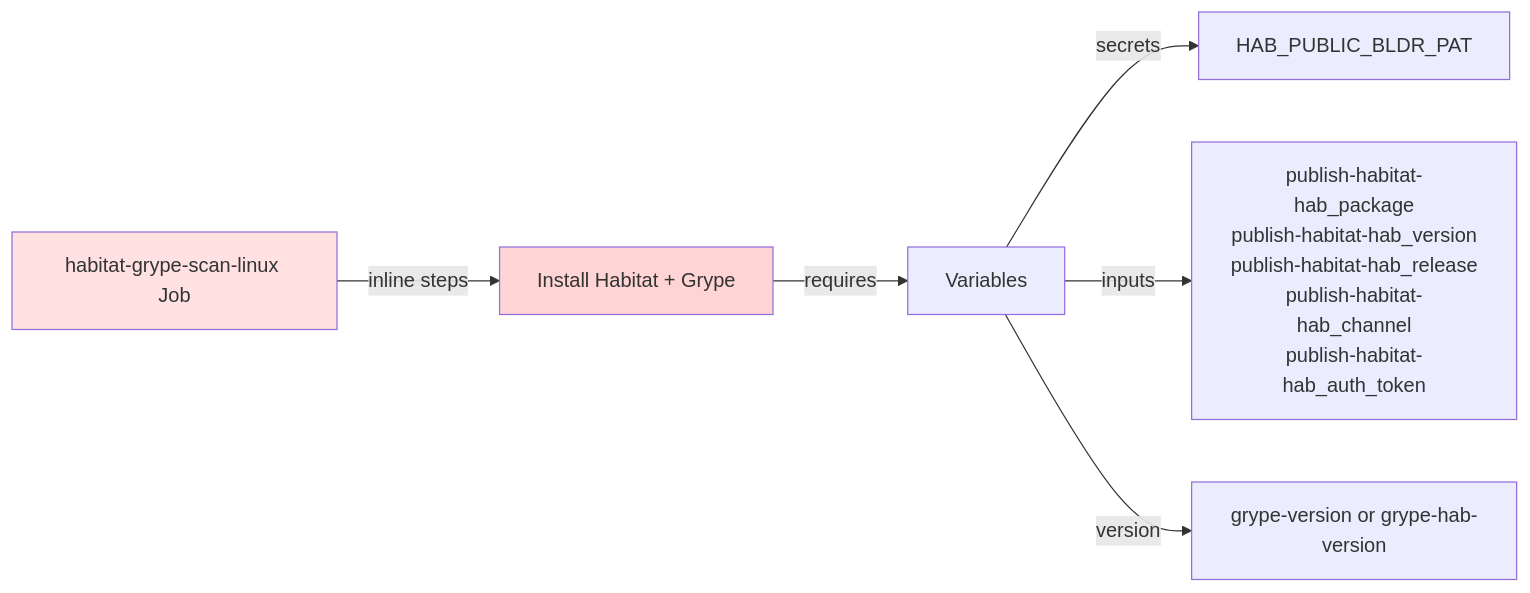
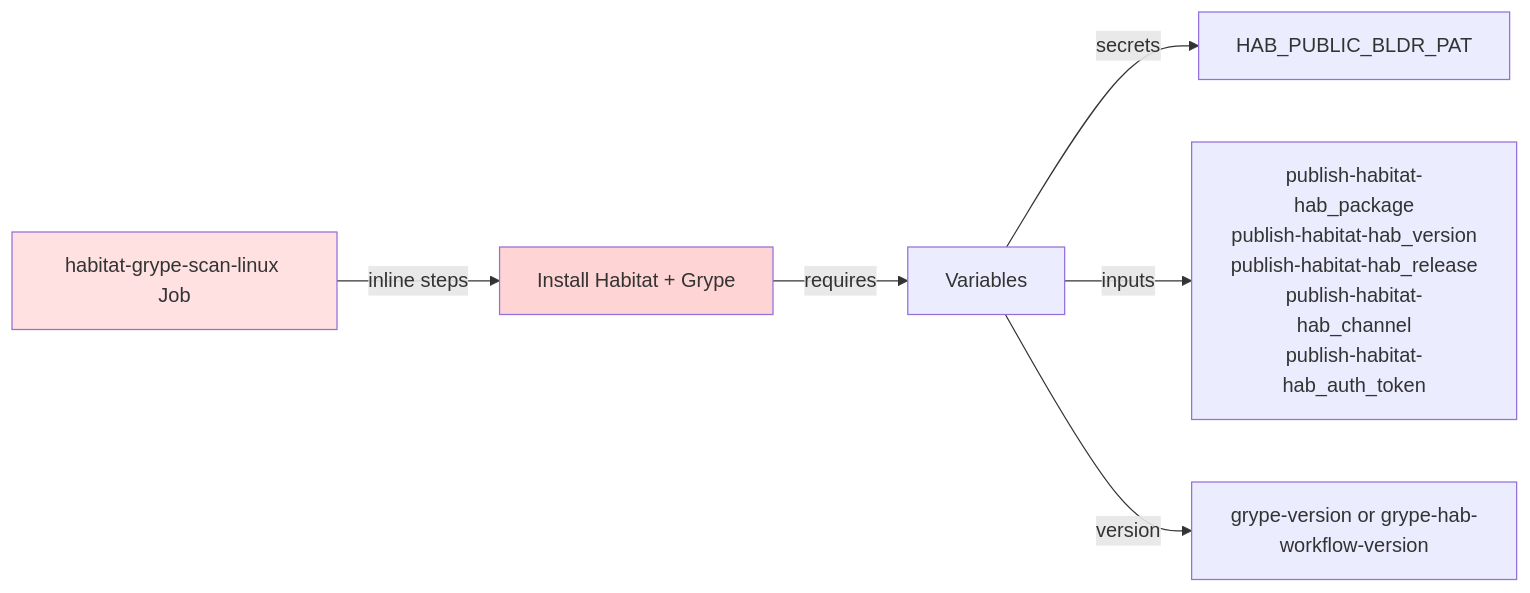
Before and after one commit to chef/common-github-actions: the ninth of 13 diagrams in PIPELINE-REFERENCE.md, drawn with Mermaid.

````diff
--- a/PIPELINE-REFERENCE.md
+++ b/PIPELINE-REFERENCE.md
@@ -487,12 +487,12 @@
 ```mermaid
 graph LR
     A[habitat-grype-scan-linux Job] -->|inline steps| B[Install Habitat + Grype]
     B -->|requires| C[Variables]
     
     C -->|secrets| D[HAB_PUBLIC_BLDR_PAT]
     C -->|inputs| E[publish-habitat-hab_package<br/>publish-habitat-hab_version<br/>publish-habitat-hab_release<br/>publish-habitat-hab_channel<br/>publish-habitat-hab_auth_token]
-    C -->|version| F[grype-version or grype-hab-version]
+    C -->|version| F[grype-version or grype-hab-workflow-version]
     
     style A fill:#ffe1e1
     style B fill:#ffd4d4
 ```
````
